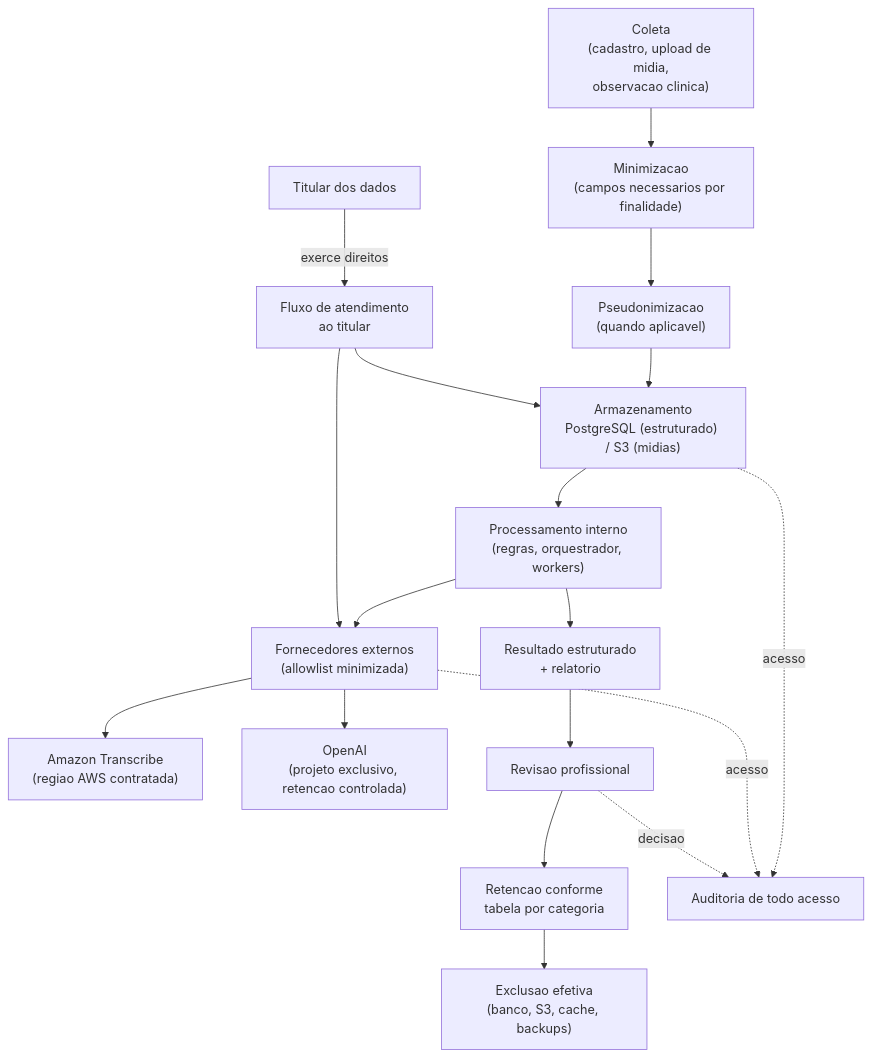
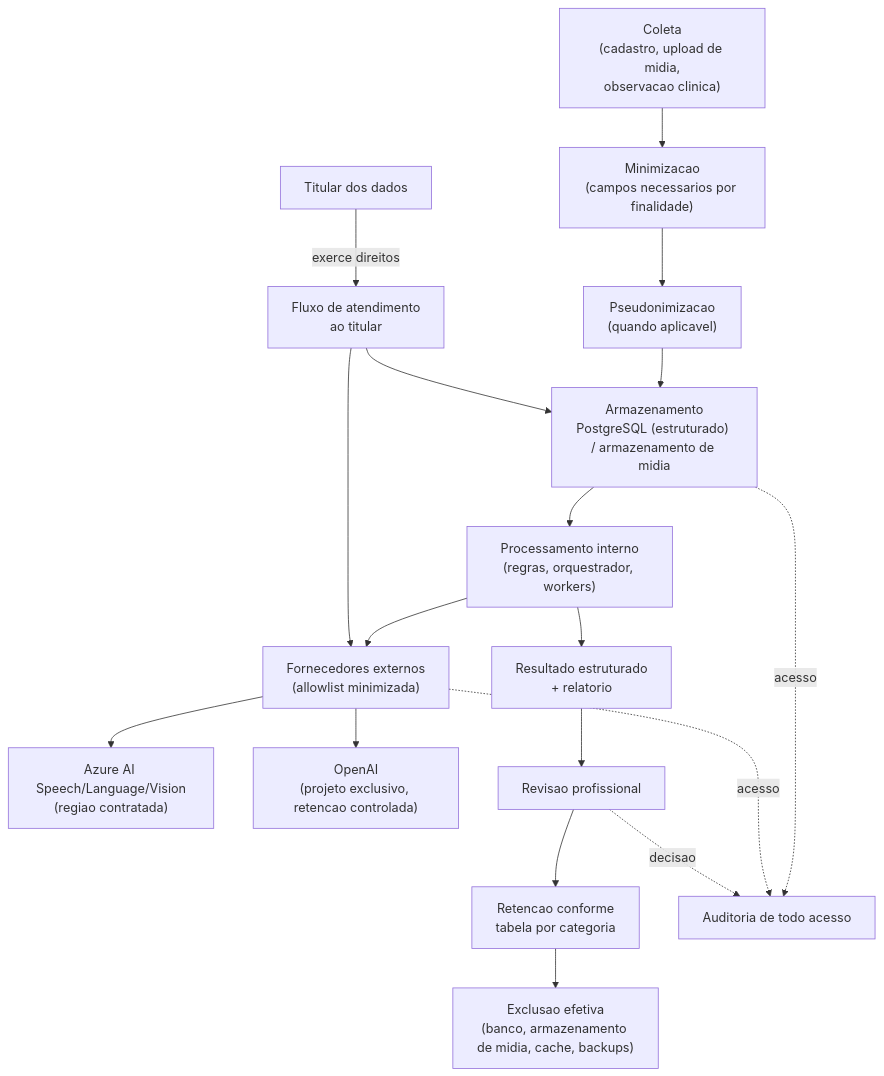
One commit to marcosvrc/sentinela-multimodal changed the diagram in docs/architecture/09-fluxo-dados-pessoais-ripd.mmd. Above: the diagram before and after it, drawn with Mermaid. The commit also changed 155 other files, not shown here.

```diff
--- a/docs/architecture/09-fluxo-dados-pessoais-ripd.mmd
+++ b/docs/architecture/09-fluxo-dados-pessoais-ripd.mmd
@@ -1,23 +1,23 @@
 %% Fluxo de dados pessoais para o RIPD
 flowchart TD
     coleta["Coleta<br/>(cadastro, upload de midia,<br/>observacao clinica)"] --> minimiza["Minimizacao<br/>(campos necessarios por finalidade)"]
     minimiza --> pseudo["Pseudonimizacao<br/>(quando aplicavel)"]
-    pseudo --> armazenamento["Armazenamento<br/>PostgreSQL (estruturado) / S3 (midias)"]
+    pseudo --> armazenamento["Armazenamento<br/>PostgreSQL (estruturado) / armazenamento de midia"]
 
     armazenamento --> processamento["Processamento interno<br/>(regras, orquestrador, workers)"]
     processamento --> fornecedores["Fornecedores externos<br/>(allowlist minimizada)"]
-    fornecedores --> transcribe["Amazon Transcribe<br/>(regiao AWS contratada)"]
+    fornecedores --> azure["Azure AI Speech/Language/Vision<br/>(regiao contratada)"]
     fornecedores --> openai["OpenAI<br/>(projeto exclusivo, retencao controlada)"]
 
     processamento --> resultado["Resultado estruturado<br/>+ relatorio"]
     resultado --> revisao["Revisao profissional"]
     revisao --> retencao["Retencao conforme<br/>tabela por categoria"]
-    retencao --> exclusao["Exclusao efetiva<br/>(banco, S3, cache, backups)"]
+    retencao --> exclusao["Exclusao efetiva<br/>(banco, armazenamento de midia, cache, backups)"]
 
     armazenamento -.->|acesso| auditoria["Auditoria de todo acesso"]
     fornecedores -.->|acesso| auditoria
     revisao -.->|decisao| auditoria
 
     titular["Titular dos dados"] -->|exerce direitos| direitos["Fluxo de atendimento<br/>ao titular"]
     direitos --> armazenamento
     direitos --> fornecedores
```
